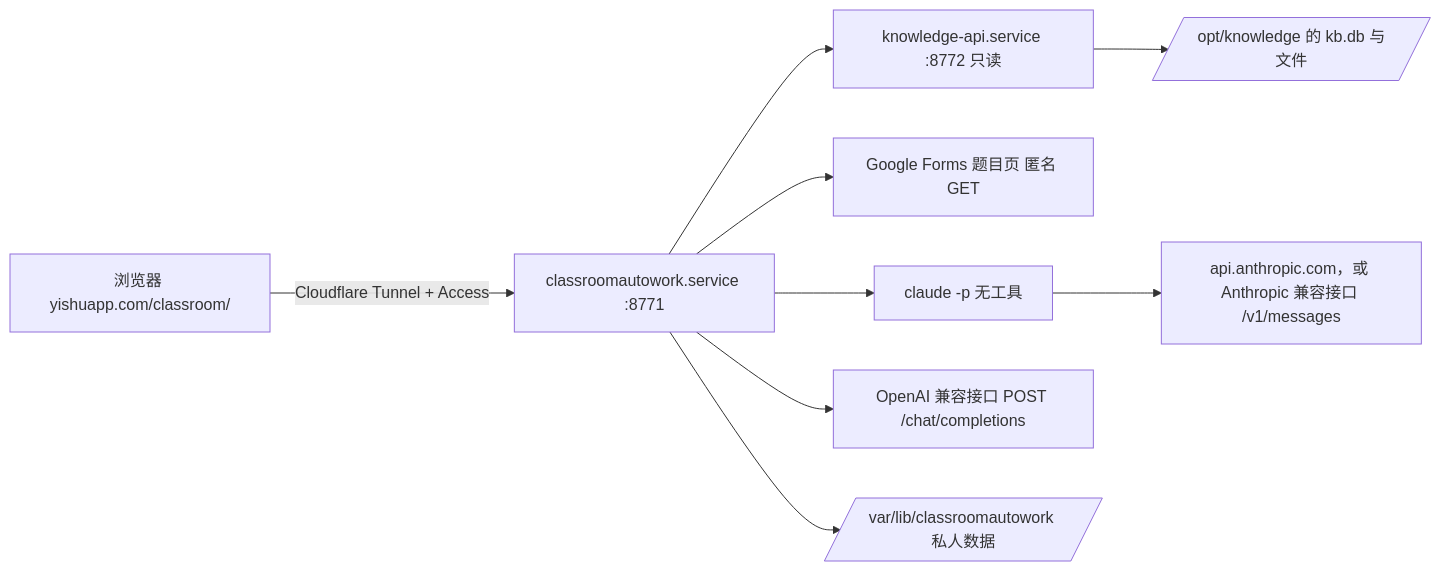
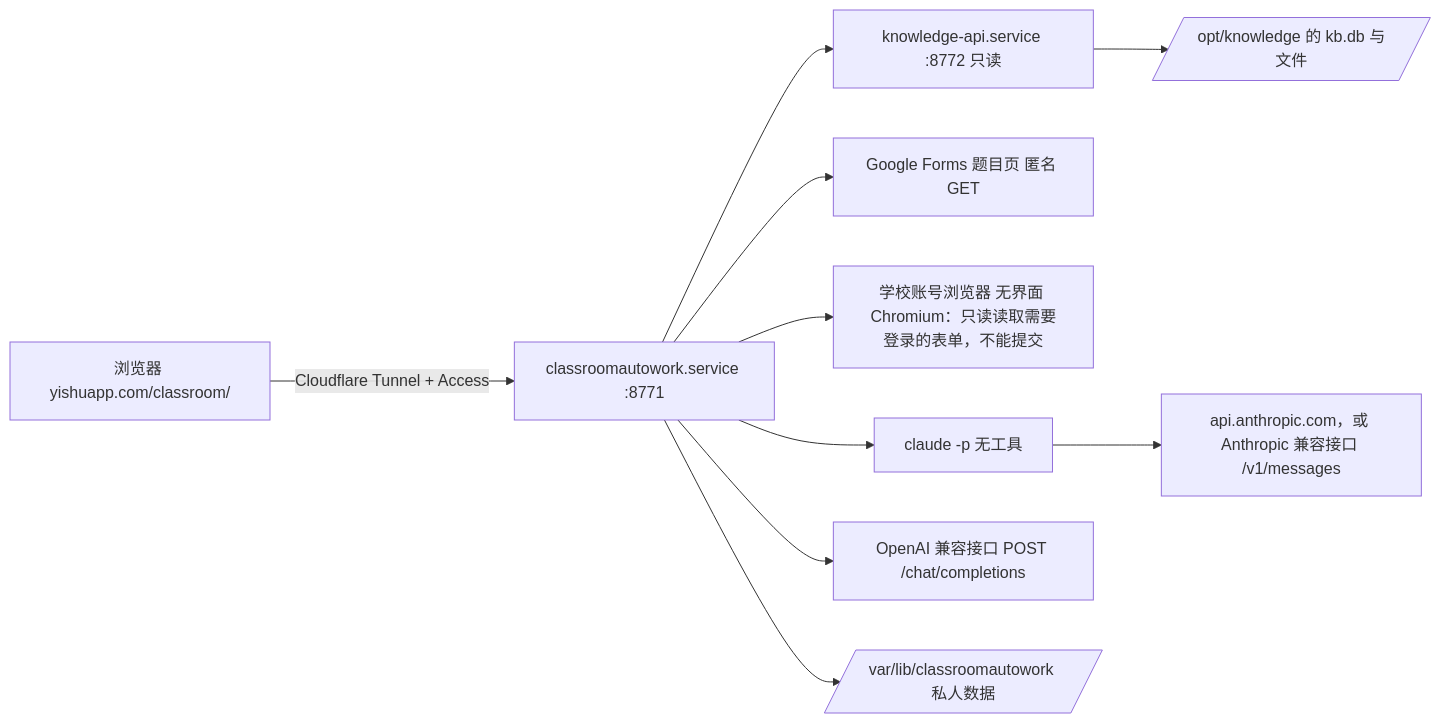
One commit to shu2223/classroomautowork changed the diagram in README.md. Above: the diagram before and after it, drawn with Mermaid. The commit also changed other lines of this file and 26 other files, not shown here.

````diff
--- a/README.md
+++ b/README.md
@@ -13,11 +13,12 @@
 ```mermaid
 flowchart LR
   B[浏览器 yishuapp.com/classroom/] -->|Cloudflare Tunnel + Access| W[classroomautowork.service :8771]
   W --> K[knowledge-api.service :8772 只读]
   K --> D[/opt/knowledge 的 kb.db 与文件/]
   W --> F[Google Forms 题目页 匿名 GET]
+  W --> SB[学校账号浏览器 无界面 Chromium：只读读取需要登录的表单，不能提交]
   W --> C[claude -p 无工具]
   C --> CA[api.anthropic.com，或 Anthropic 兼容接口 /v1/messages]
   W --> O[OpenAI 兼容接口 POST /chat/completions]
   W --> P[/var/lib/classroomautowork 私人数据/]
 ```
````
